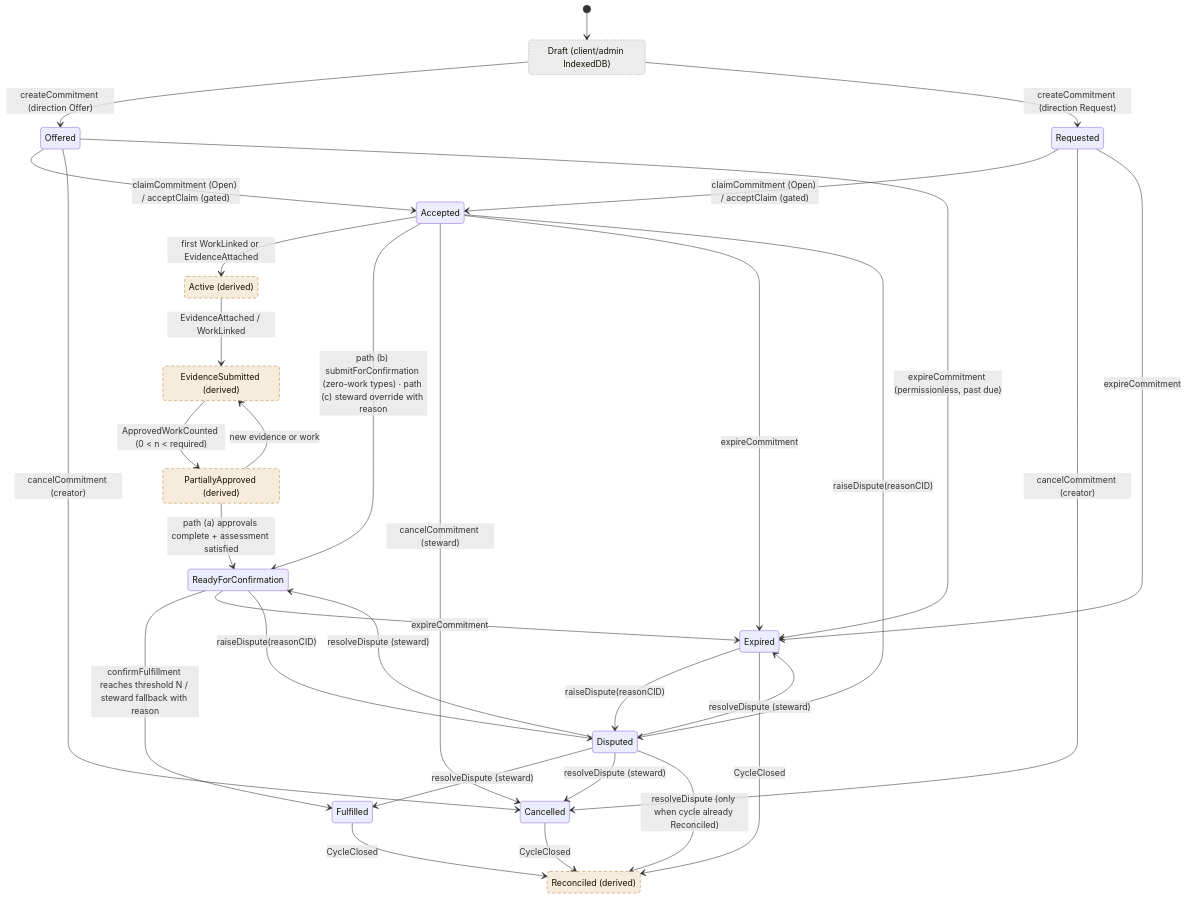
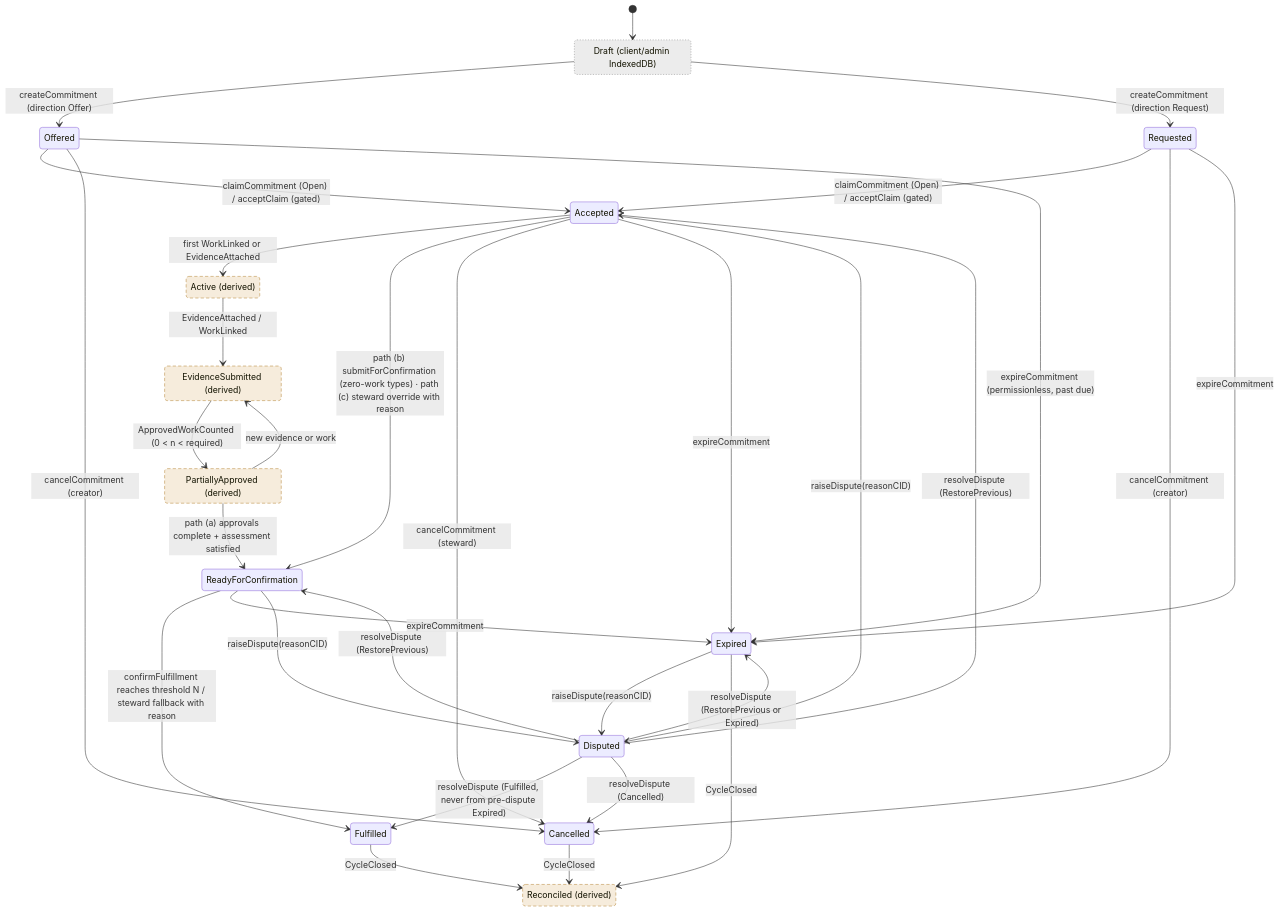
Before and after one commit to greenpill-dev-guild/green-goods: the seventh of 15 diagrams in .plans/active/commitment-pooling/diagrams.md, drawn with Mermaid. The commit also changed other lines of this file and 51 other files, not shown here.

````diff
--- a/.plans/active/commitment-pooling/diagrams.md
+++ b/.plans/active/commitment-pooling/diagrams.md
@@ -218,48 +313,48 @@
 ```mermaid
 stateDiagram-v2
   classDef derived fill:#f6ecdc,stroke:#b98a3e,stroke-dasharray: 6 4
   classDef appOnly fill:#ececec,stroke:#8a8a8a,stroke-dasharray: 2 3
 
   Draft: Draft (client/admin IndexedDB)
   Active: Active (derived)
   EvidenceSubmitted: EvidenceSubmitted (derived)
   PartiallyApproved: PartiallyApproved (derived)
   Reconciled: Reconciled (derived)
 
   [*] --> Draft
   Draft --> Offered : createCommitment (direction Offer)
   Draft --> Requested : createCommitment (direction Request)
   Offered --> Accepted : claimCommitment (Open) / acceptClaim (gated)
   Requested --> Accepted : claimCommitment (Open) / acceptClaim (gated)
   Accepted --> Active : first WorkLinked or EvidenceAttached
   Active --> EvidenceSubmitted : EvidenceAttached / WorkLinked
   EvidenceSubmitted --> PartiallyApproved : ApprovedWorkCounted (0 < n < required)
   PartiallyApproved --> EvidenceSubmitted : new evidence or work
   PartiallyApproved --> ReadyForConfirmation : path (a) approvals complete + assessment satisfied
   Accepted --> ReadyForConfirmation : path (b) submitForConfirmation (zero-work types) · path (c) steward override with reason
   ReadyForConfirmation --> Fulfilled : confirmFulfillment reaches threshold N / steward fallback with reason
   Offered --> Cancelled : cancelCommitment (creator)
   Requested --> Cancelled : cancelCommitment (creator)
   Accepted --> Cancelled : cancelCommitment (steward)
   Offered --> Expired : expireCommitment (permissionless, past due)
   Requested --> Expired : expireCommitment
   Accepted --> Expired : expireCommitment
   ReadyForConfirmation --> Expired : expireCommitment
   Accepted --> Disputed : raiseDispute(reasonCID)
   ReadyForConfirmation --> Disputed : raiseDispute(reasonCID)
   Expired --> Disputed : raiseDispute(reasonCID)
-  Disputed --> ReadyForConfirmation : resolveDispute (steward)
-  Disputed --> Fulfilled : resolveDispute (steward)
-  Disputed --> Cancelled : resolveDispute (steward)
-  Disputed --> Expired : resolveDispute (steward)
-  Disputed --> Reconciled : resolveDispute (only when cycle already Reconciled)
+  Disputed --> Accepted : resolveDispute (RestorePrevious)
+  Disputed --> ReadyForConfirmation : resolveDispute (RestorePrevious)
+  Disputed --> Expired : resolveDispute (RestorePrevious or Expired)
+  Disputed --> Fulfilled : resolveDispute (Fulfilled, never from pre-dispute Expired)
+  Disputed --> Cancelled : resolveDispute (Cancelled)
   Fulfilled --> Reconciled : CycleClosed
   Cancelled --> Reconciled : CycleClosed
   Expired --> Reconciled : CycleClosed
 
   class Active derived
   class EvidenceSubmitted derived
   class PartiallyApproved derived
   class Reconciled derived
   class Draft appOnly
 ```
````
